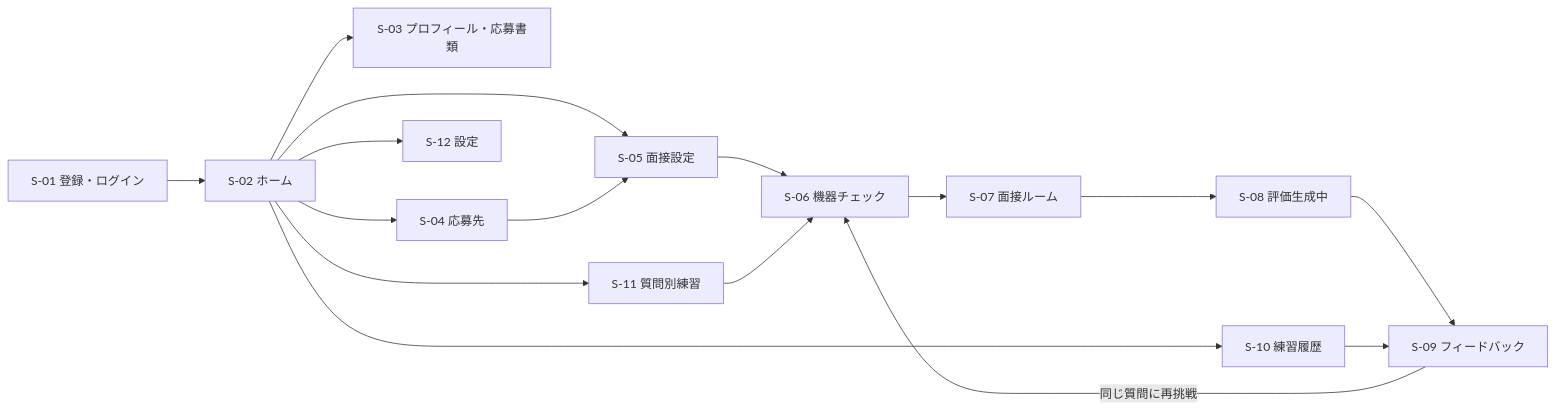
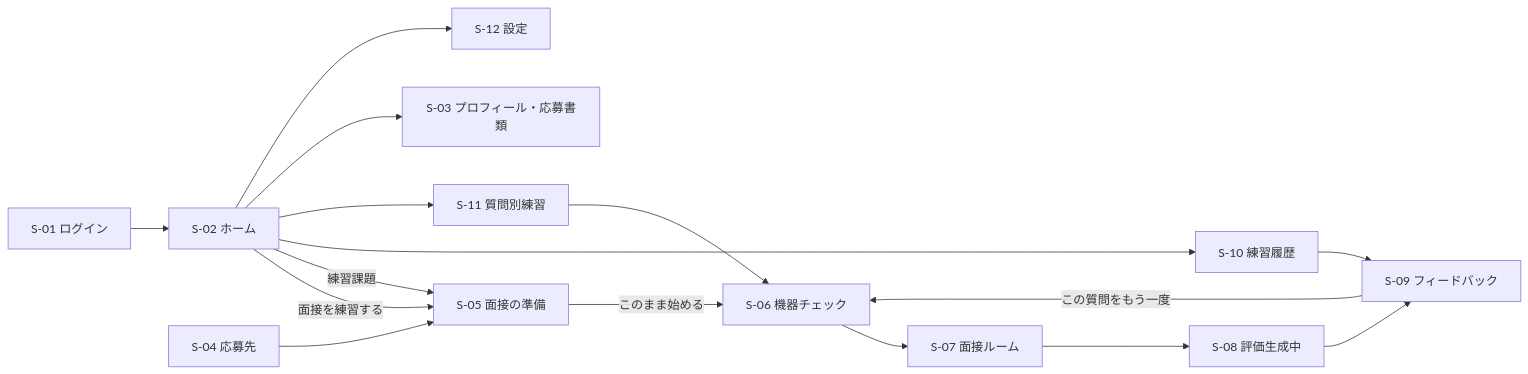
The fourth of 6 diagrams in docs/requirements.md (tarokuma555-maker/AI-interview-pj), drawn with Mermaid before and after one commit. The commit also changed other lines of this file and 4 other files, not shown here.

````diff
--- a/docs/requirements.md
+++ b/docs/requirements.md
@@ -521,18 +661,18 @@
 ```mermaid
 flowchart LR
-    S01["S-01 登録・ログイン"] --> S02["S-02 ホーム"]
-    S02 --> S03["S-03 プロフィール・応募書類"]
-    S02 --> S04["S-04 応募先"]
-    S02 --> S05["S-05 面接設定"]
-    S04 --> S05
-    S05 --> S06["S-06 機器チェック"]
+    S01["S-01 ログイン"] --> S02["S-02 ホーム"]
+    S02 -- "面接を練習する" --> S05["S-05 面接の準備"]
+    S02 -- "練習課題" --> S05
+    S04["S-04 応募先"] --> S05
+    S05 -- "このまま始める" --> S06["S-06 機器チェック"]
     S06 --> S07["S-07 面接ルーム"]
     S07 --> S08["S-08 評価生成中"]
     S08 --> S09["S-09 フィードバック"]
-    S09 -- "同じ質問に再挑戦" --> S06
+    S09 -- "この質問をもう一度" --> S06
     S02 --> S10["S-10 練習履歴"]
     S10 --> S09
     S02 --> S11["S-11 質問別練習"]
     S11 --> S06
+    S02 --> S03["S-03 プロフィール・応募書類"]
     S02 --> S12["S-12 設定"]
 ```
````
